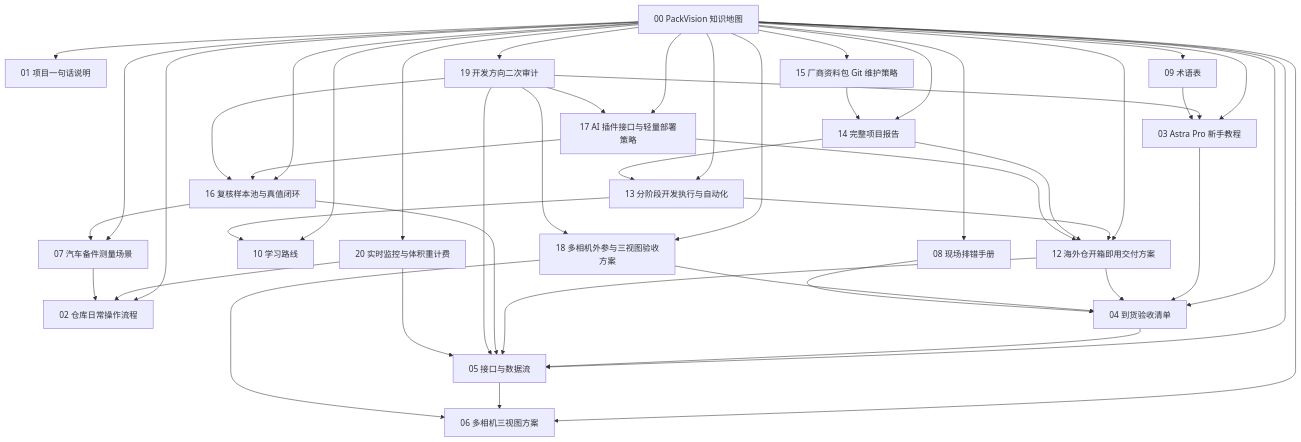
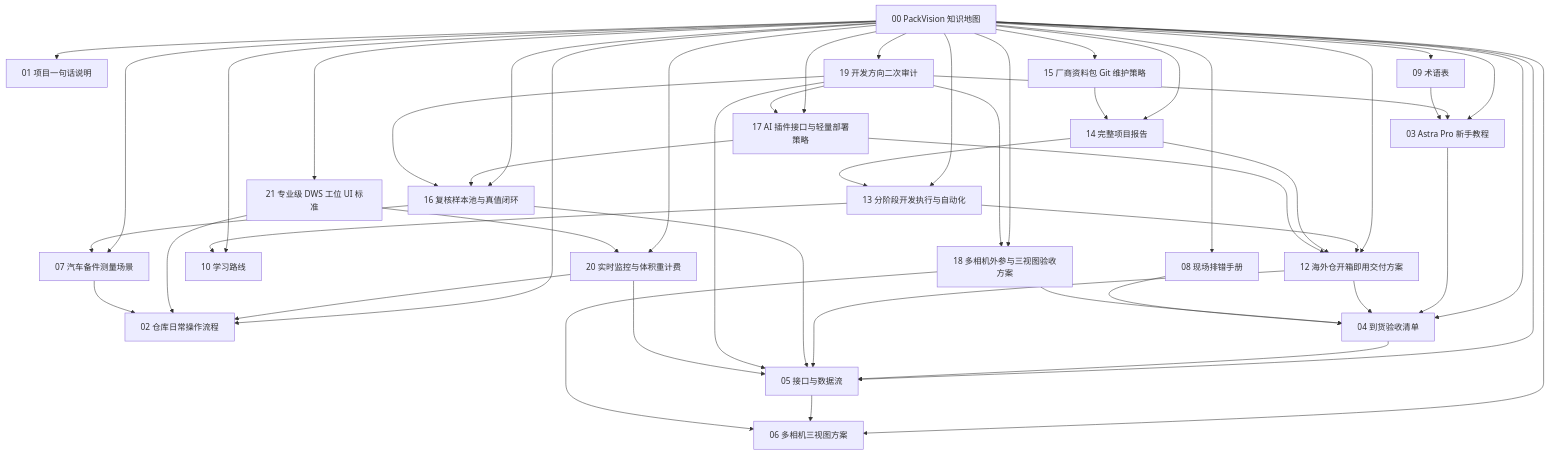
Before and after one commit to BilibiliSZdaomei/packvision: the diagram in docs_obsidian/PackVision/00 PackVision 知识地图.md, drawn with Mermaid. The commit also changed other lines of this file and 7 other files, not shown here.

Commit message:
feat: refine workstation UI for professional DWS flow

````diff
--- a/docs_obsidian/PackVision/00 PackVision 知识地图.md
+++ b/docs_obsidian/PackVision/00 PackVision 知识地图.md
@@ -44,48 +45,51 @@
 ```mermaid
 graph TD
   A["00 PackVision 知识地图"] --> B["01 项目一句话说明"]
   A --> C["02 仓库日常操作流程"]
   A --> D["03 Astra Pro 新手教程"]
   A --> E["04 到货验收清单"]
   A --> F["05 接口与数据流"]
   A --> G["06 多相机三视图方案"]
   A --> H["07 汽车备件测量场景"]
   A --> I["08 现场排错手册"]
   A --> J["09 术语表"]
   A --> K["10 学习路线"]
   A --> L["12 海外仓开箱即用交付方案"]
   A --> M["13 分阶段开发执行与自动化"]
   A --> N["14 完整项目报告"]
   A --> O["15 厂商资料包 Git 维护策略"]
   A --> P["16 复核样本池与真值闭环"]
   A --> Q["17 AI 插件接口与轻量部署策略"]
   A --> R["18 多相机外参与三视图验收方案"]
   A --> S["19 开发方向二次审计"]
   A --> T["20 实时监控与体积重计费"]
+  A --> U["21 专业级 DWS 工位 UI 标准"]
   D --> E
   E --> F
   F --> G
   L --> E
   L --> F
   M --> K
   M --> L
   N --> L
   N --> M
   O --> N
   P --> F
   P --> H
   Q --> P
   Q --> L
   R --> G
   R --> E
   S --> D
   S --> F
   S --> P
   S --> Q
   S --> R
   T --> C
   T --> F
+  U --> C
+  U --> T
   H --> C
   I --> E
   J --> D
 ```
````
